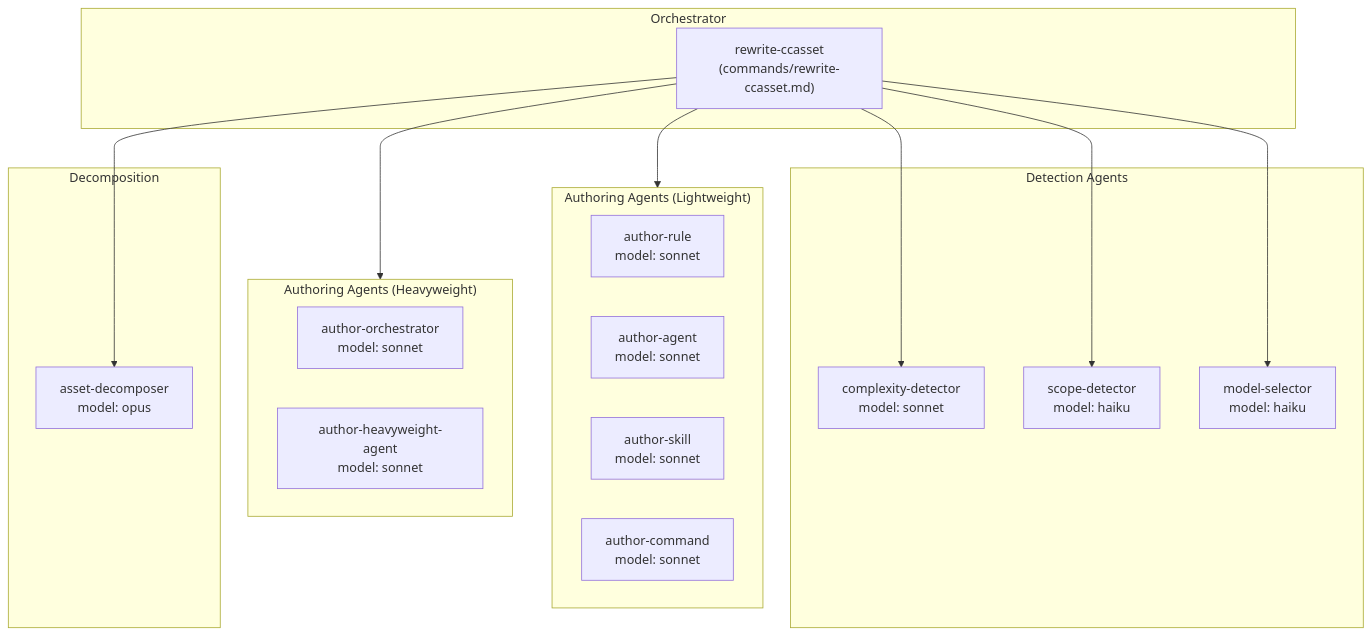
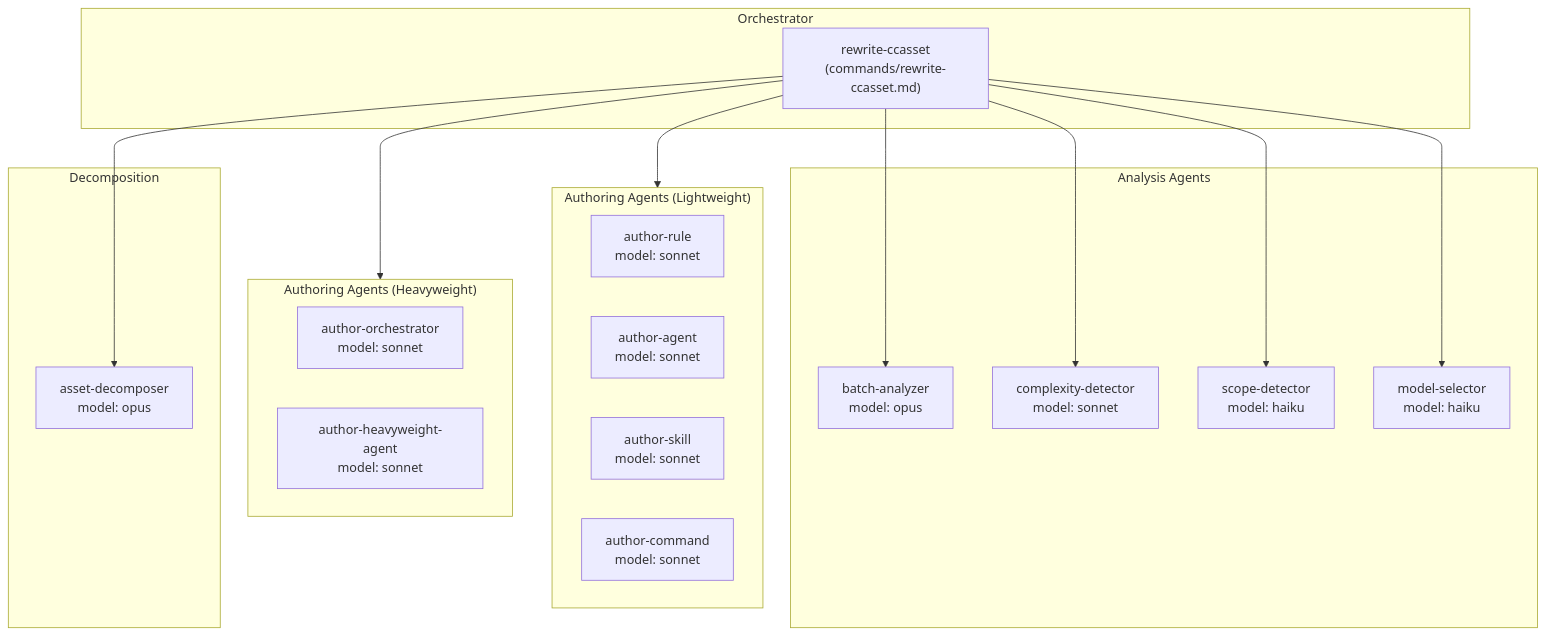
Before and after one commit to DigitalCowboyN/claude-asset-writer: the first of 10 diagrams in docs/architecture.md, drawn with Mermaid. The commit also changed other lines of this file and 3 other files, not shown here.

````diff
--- a/docs/architecture.md
+++ b/docs/architecture.md
@@ -9,35 +9,37 @@
 ```mermaid
 flowchart TB
     subgraph Orchestrator
         rewrite["rewrite-ccasset\n(commands/rewrite-ccasset.md)"]
     end
 
-    subgraph Detection["Detection Agents"]
+    subgraph Analysis["Analysis Agents"]
+        batch["batch-analyzer\nmodel: opus"]
         complexity["complexity-detector\nmodel: sonnet"]
         scope["scope-detector\nmodel: haiku"]
         model["model-selector\nmodel: haiku"]
     end
 
     subgraph Lightweight["Authoring Agents (Lightweight)"]
         arule["author-rule\nmodel: sonnet"]
         aagent["author-agent\nmodel: sonnet"]
         askill["author-skill\nmodel: sonnet"]
         acmd["author-command\nmodel: sonnet"]
     end
 
     subgraph Heavyweight["Authoring Agents (Heavyweight)"]
         aorch["author-orchestrator\nmodel: sonnet"]
         aheavy["author-heavyweight-agent\nmodel: sonnet"]
     end
 
     subgraph Decomposition
         decomp["asset-decomposer\nmodel: opus"]
     end
 
+    rewrite --> batch
     rewrite --> complexity
     rewrite --> scope
     rewrite --> model
     rewrite --> Lightweight
     rewrite --> Heavyweight
     rewrite --> decomp
 ```
````
